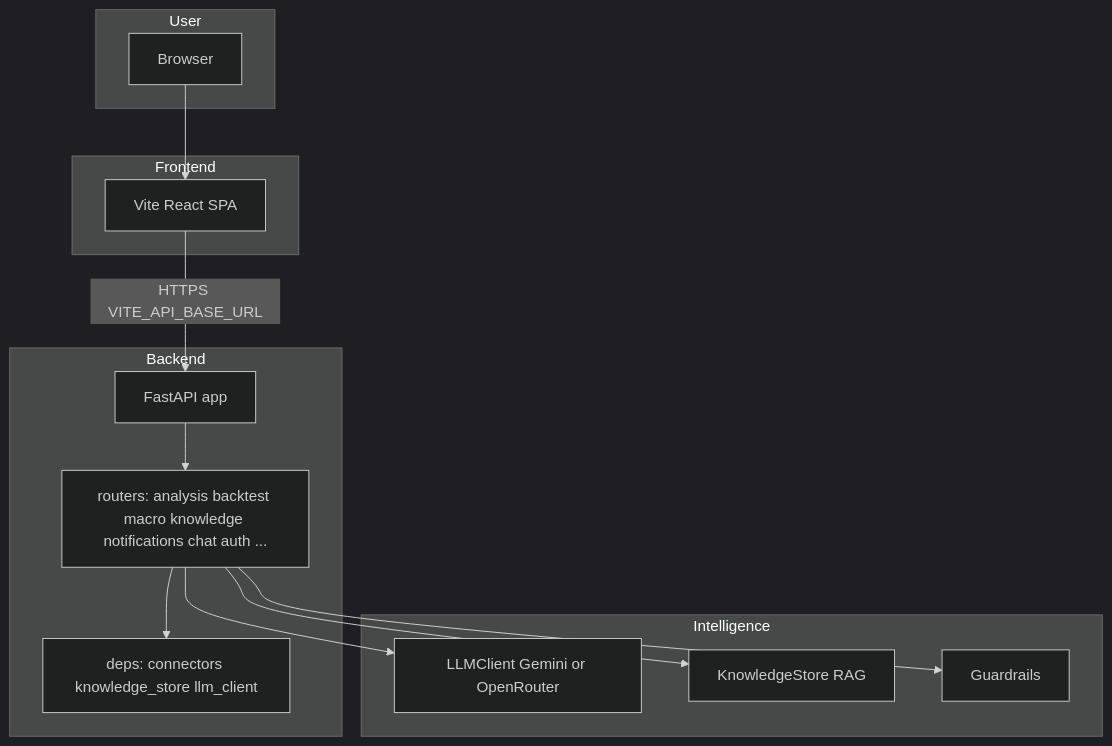
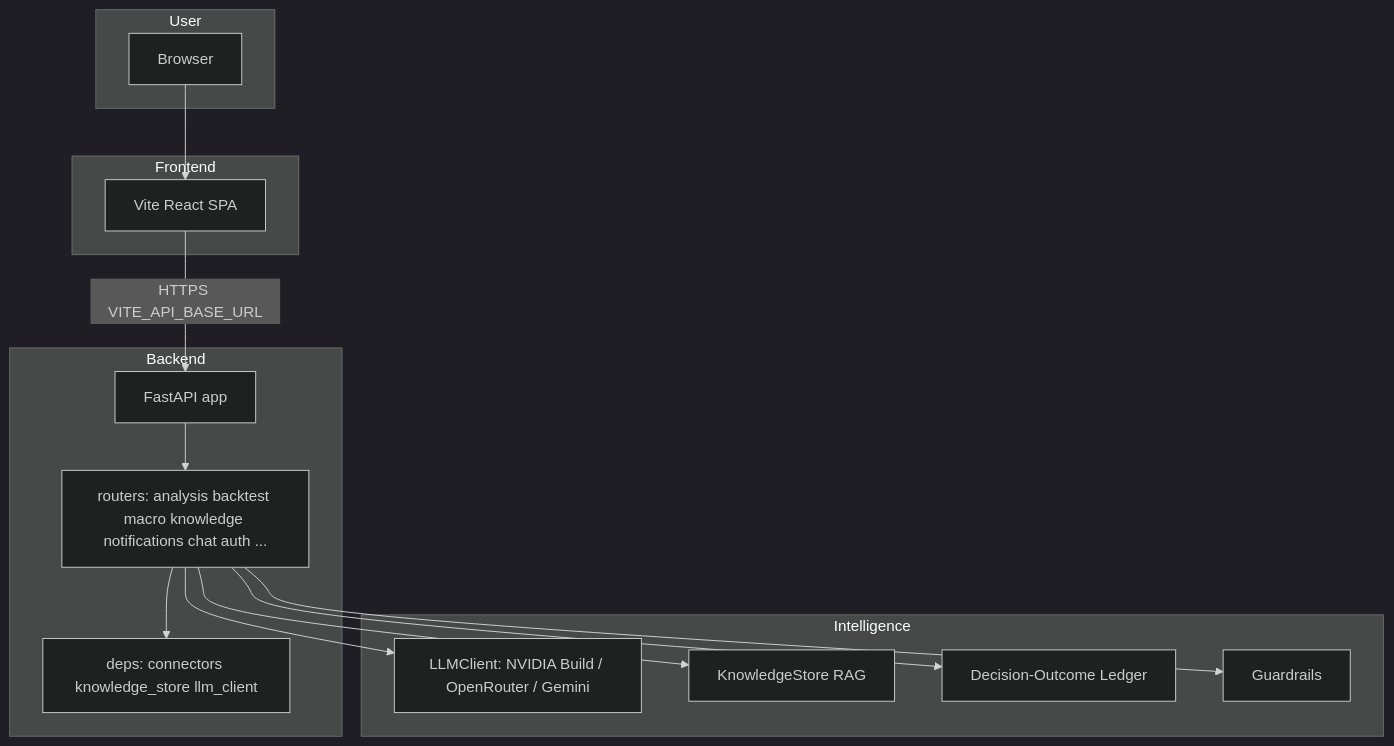
The first of 3 diagrams in docs/ARCHITECTURE.md (manojsilwal/tradetalkapp), drawn with Mermaid (dark theme) before and after one commit. The commit also changed other lines of this file and 3 other files, not shown here.

````diff
--- a/docs/ARCHITECTURE.md
+++ b/docs/ARCHITECTURE.md
@@ -24,26 +28,28 @@
 ```mermaid
 flowchart TB
   subgraph user [User]
     Browser[Browser]
   end
   subgraph fe [Frontend]
     SPA[Vite React SPA]
   end
   subgraph be [Backend]
     API[FastAPI app]
     Routers[routers: analysis backtest macro knowledge notifications chat auth ...]
     Deps[deps: connectors knowledge_store llm_client]
     API --> Routers
     Routers --> Deps
   end
   subgraph intel [Intelligence]
-    LLM[LLMClient Gemini or OpenRouter]
+    LLM[LLMClient: NVIDIA Build / OpenRouter / Gemini]
     KS[KnowledgeStore RAG]
+    DL[Decision-Outcome Ledger]
     GR[Guardrails]
   end
   Browser --> SPA
   SPA -->|HTTPS VITE_API_BASE_URL| API
   Routers --> LLM
   Routers --> KS
+  Routers --> DL
   Routers --> GR
 ```
````
